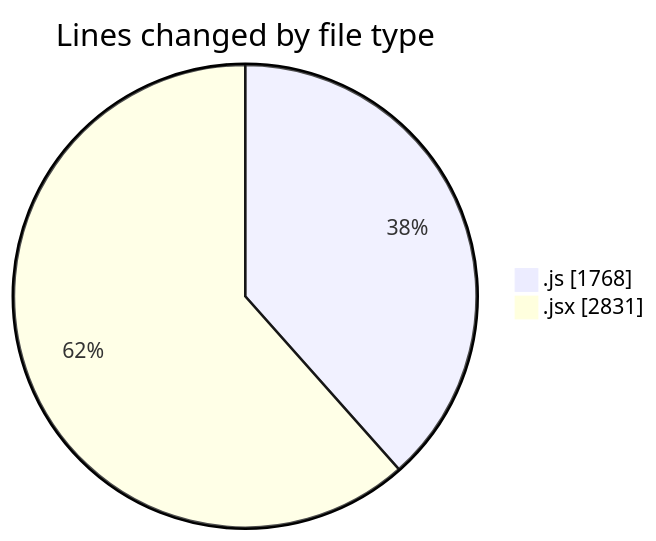
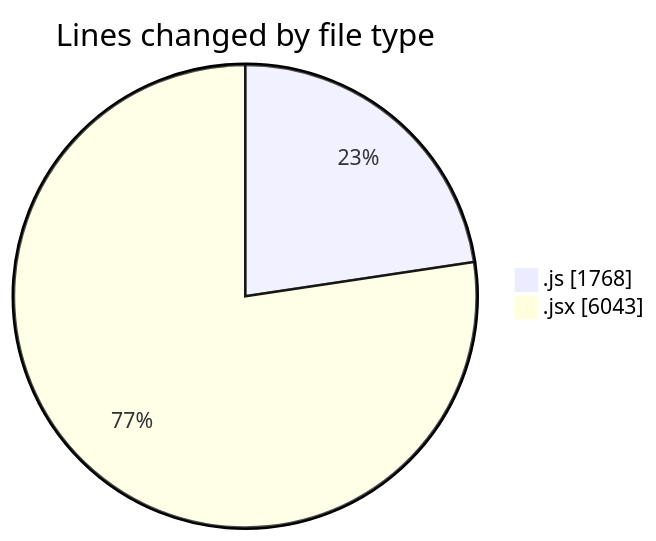
Before and after one commit to nxtqubesakshisongat/code-tracking: the first of 2 diagrams in 2025-08-05/nxtqube_webapp/README.md, drawn with Mermaid. The commit also changed other lines of this file and 1 other file, not shown here.

````diff
--- a/2025-08-05/nxtqube_webapp/README.md
+++ b/2025-08-05/nxtqube_webapp/README.md
@@ -32,6 +38,6 @@
 ```mermaid
 pie showData
 title Lines changed by file type
 ".js" : 1768
-".jsx" : 2831
+".jsx" : 6043
 ```
````
